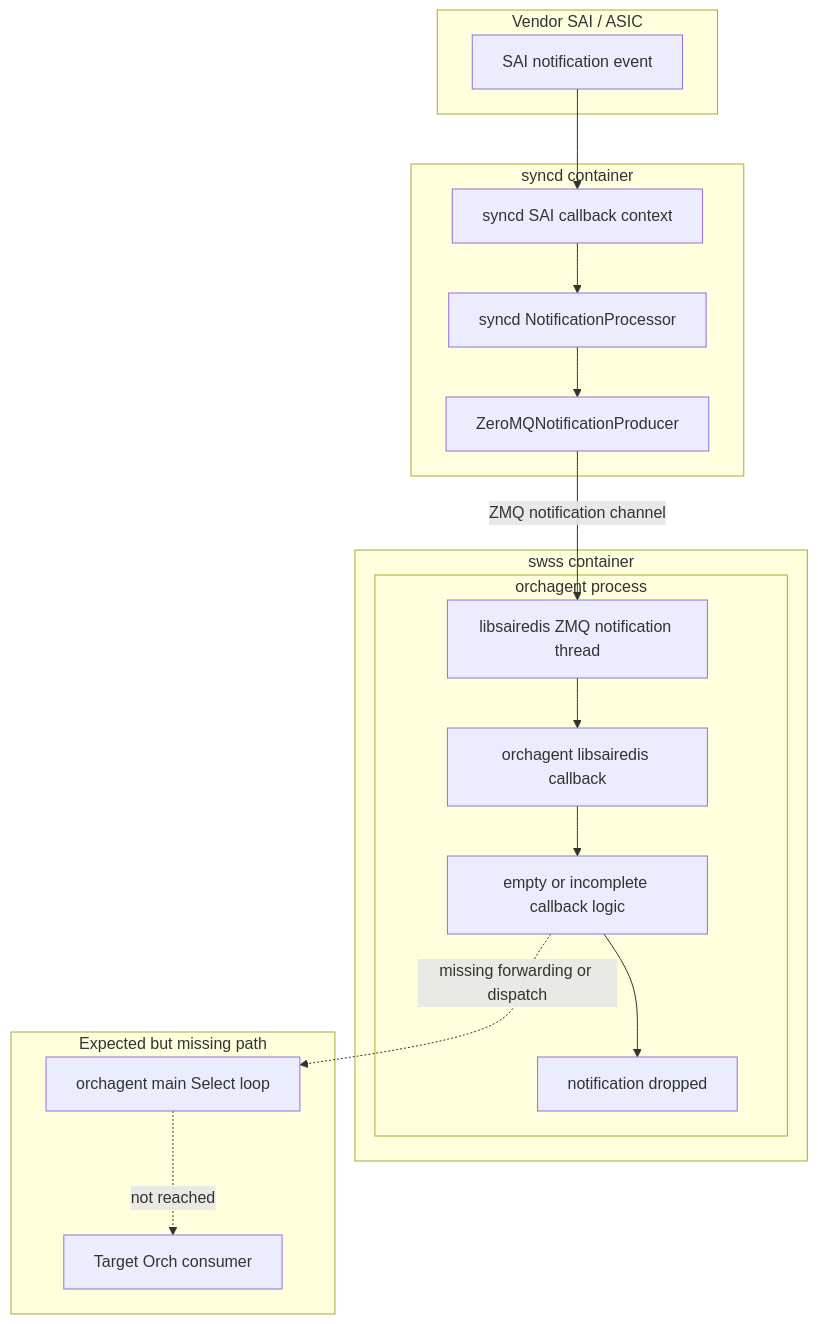
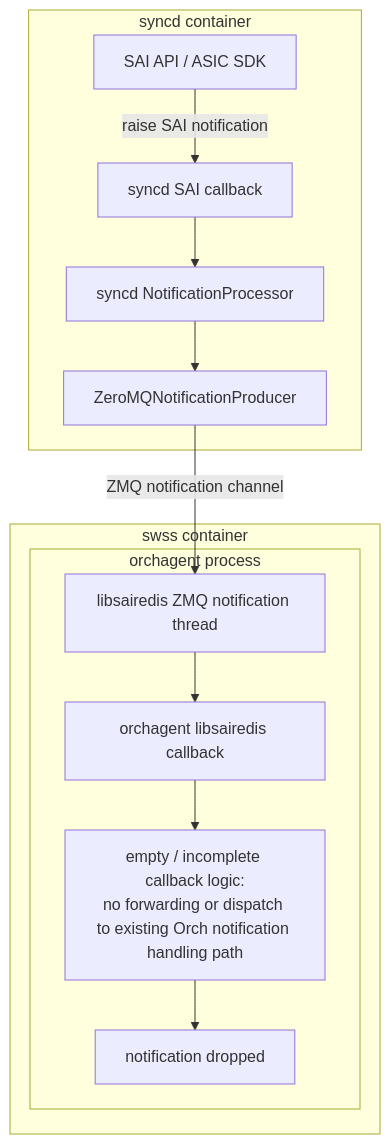
The third of 11 diagrams in hld/zmq-southbound-sai-notification-handling.md (sonic-net/sonic-buildimage), drawn with Mermaid before and after one commit. The commit also changed other lines of this file, not shown here.

First line of the commit message:
Update ZMQ southbound SAI notification HLD diagrams

````diff
--- a/hld/zmq-southbound-sai-notification-handling.md
+++ b/hld/zmq-southbound-sai-notification-handling.md
@@ -159,37 +162,26 @@
 ```mermaid
 flowchart TD
-    subgraph vendorAsic["Vendor SAI / ASIC"]
-        vendorEvent["SAI notification event"]
-    end
-
     subgraph syncdContainer["syncd container"]
-        syncdCallback["syncd SAI callback context"]
+        saiApi["SAI API / ASIC SDK"]
+        syncdCallback["syncd SAI callback"]
         notificationProcessor["syncd NotificationProcessor"]
         zmqProducer["ZeroMQNotificationProducer"]
     end
 
     subgraph swssContainer["swss container"]
         subgraph orchagentProcess["orchagent process"]
             zmqThread["libsairedis ZMQ notification thread"]
             saiCallback["orchagent libsairedis callback"]
-            callbackLogic["empty or incomplete callback logic"]
+            callbackLogic["empty / incomplete callback logic:<br/>no forwarding or dispatch to existing Orch notification handling path"]
             dropped["notification dropped"]
         end
     end
 
-    subgraph missingPath["Expected but missing path"]
-        mainLoop["orchagent main Select loop"]
-        targetConsumer["Target Orch consumer"]
-    end
-
-    vendorEvent --> syncdCallback
+    saiApi -->|"raise SAI notification"| syncdCallback
     syncdCallback --> notificationProcessor
     notificationProcessor --> zmqProducer
     zmqProducer -->|"ZMQ notification channel"| zmqThread
     zmqThread --> saiCallback
     saiCallback --> callbackLogic
     callbackLogic --> dropped
-
-    callbackLogic -.->|"missing forwarding or dispatch"| mainLoop
-    mainLoop -.->|"not reached"| targetConsumer
 ```
````
